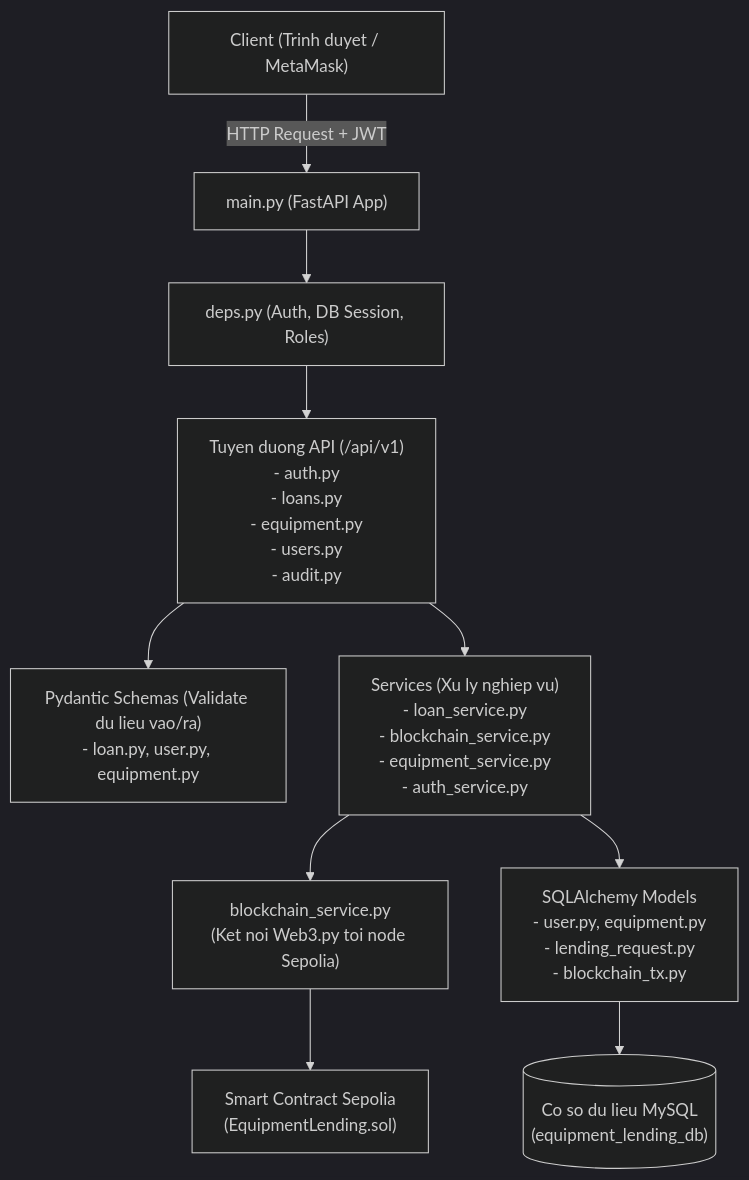
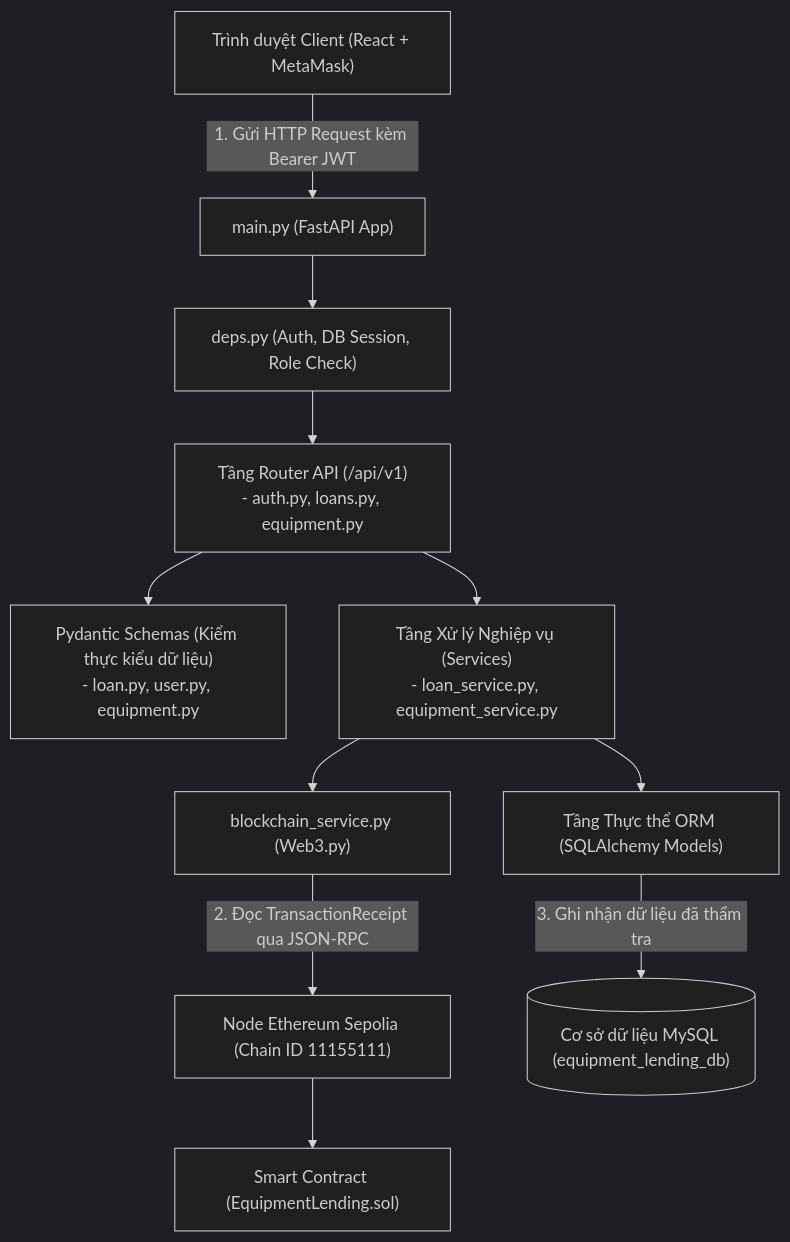
The diagram in docs/GIAI_THICH_CAC_FILE_BACKEND.md (NguyenThanhDuy42124/EduVault), drawn with Mermaid (dark theme) before and after one commit. The commit also changed other lines of this file and 1 other file, not shown here.

Commit message:
docs: Cap nhat tai lieu giai thich chi tiet Backend va Deploy

````diff
--- a/docs/GIAI_THICH_CAC_FILE_BACKEND.md
+++ b/docs/GIAI_THICH_CAC_FILE_BACKEND.md
@@ -45,15 +47,16 @@
 ```mermaid
 flowchart TD
-    Client["Client (Trinh duyet / MetaMask)"] -->|HTTP Request + JWT| Main["main.py (FastAPI App)"]
-    Main --> Deps["deps.py (Auth, DB Session, Roles)"]
-    Deps --> Routers["Tuyen duong API (/api/v1)\n- auth.py\n- loans.py\n- equipment.py\n- users.py\n- audit.py"]
+    Client["Trình duyệt Client (React + MetaMask)"] -->|1. Gửi HTTP Request kèm Bearer JWT| Main["main.py (FastAPI App)"]
+    Main --> Deps["deps.py (Auth, DB Session, Role Check)"]
+    Deps --> Routers["Tầng Router API (/api/v1)\n- auth.py, loans.py, equipment.py"]
     
-    Routers --> Schemas["Pydantic Schemas (Validate du lieu vao/ra)\n- loan.py, user.py, equipment.py"]
-    Routers --> Services["Services (Xu ly nghiep vu)\n- loan_service.py\n- blockchain_service.py\n- equipment_service.py\n- auth_service.py"]
+    Routers --> Schemas["Pydantic Schemas (Kiểm thực kiểu dữ liệu)\n- loan.py, user.py, equipment.py"]
+    Routers --> Services["Tầng Xử lý Nghiệp vụ (Services)\n- loan_service.py, equipment_service.py"]
     
-    Services --> Web3RPC["blockchain_service.py\n(Ket noi Web3.py toi node Sepolia)"]
-    Web3RPC --> SmartContract["Smart Contract Sepolia\n(EquipmentLending.sol)"]
+    Services --> BlockchainService["blockchain_service.py (Web3.py)"]
+    BlockchainService -->|2. Đọc TransactionReceipt qua JSON-RPC| NodeSepolia["Node Ethereum Sepolia (Chain ID 11155111)"]
+    NodeSepolia --> SmartContract["Smart Contract (EquipmentLending.sol)"]
     
-    Services --> Models["SQLAlchemy Models\n- user.py, equipment.py\n- lending_request.py\n- blockchain_tx.py"]
-    Models --> MySQL[("Co so du lieu MySQL\n(equipment_lending_db)")]
+    Services --> Models["Tầng Thực thể ORM (SQLAlchemy Models)"]
+    Models -->|3. Ghi nhận dữ liệu đã thẩm tra| MySQL[("Cơ sở dữ liệu MySQL (equipment_lending_db)")]
 ```
````
